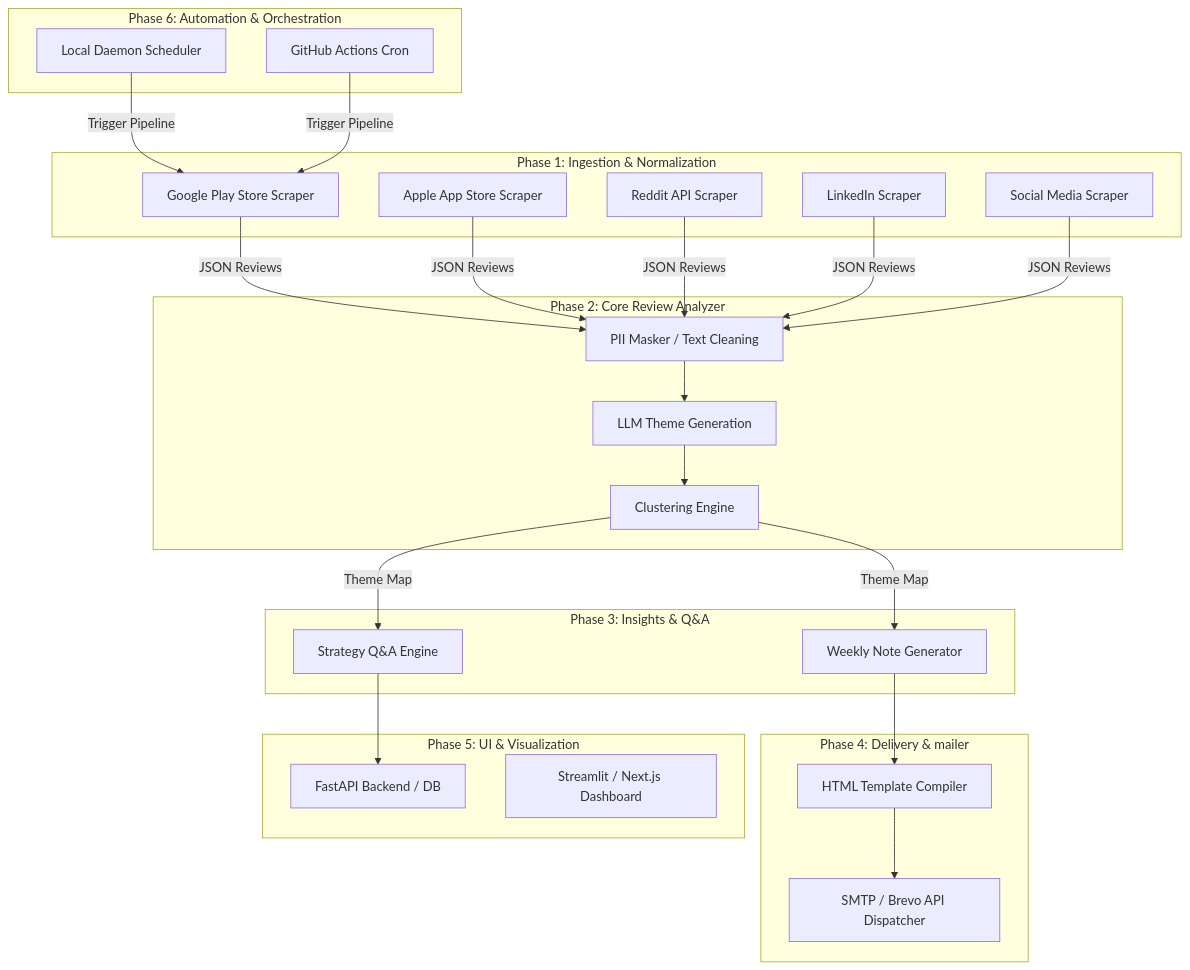
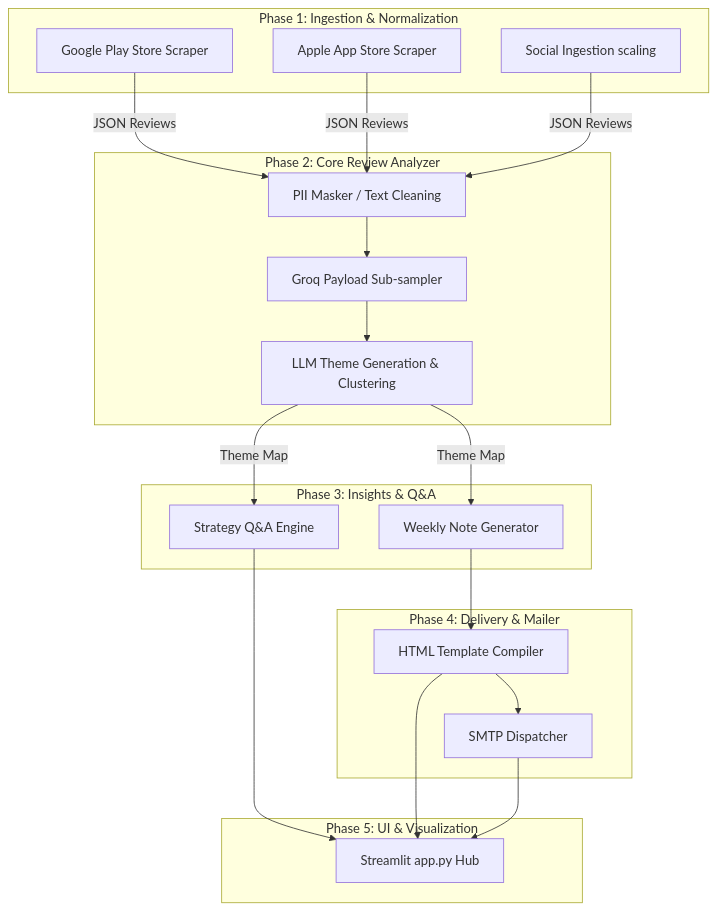
Before and after one commit to codeflex123/ownly_review_analyzer: the first of 2 diagrams in ARCHITECTURE.md, drawn with Mermaid. The commit also changed other lines of this file and 1 other file, not shown here.

Commit message:
docs: remove phase 6 and update architecture/readme to 5-phase design with groq

````diff
--- a/ARCHITECTURE.md
+++ b/ARCHITECTURE.md
@@ -11,43 +11,34 @@
 ```mermaid
 graph TD
     subgraph Phase 1: Ingestion & Normalization
         A1[Google Play Store Scraper]
         A2[Apple App Store Scraper]
-        A3[Reddit API Scraper]
-        A4[LinkedIn Scraper]
-        A5[Social Media Scraper]
+        A3[Social Ingestion scaling]
     end
 
     subgraph Phase 2: Core Review Analyzer
         B1[PII Masker / Text Cleaning]
-        B2[LLM Theme Generation]
-        B3[Clustering Engine]
+        B2[Groq Payload Sub-sampler]
+        B3[LLM Theme Generation & Clustering]
     end
 
     subgraph Phase 3: Insights & Q&A
         C1[Weekly Note Generator]
         C2[Strategy Q&A Engine]
     end
 
-    subgraph Phase 4: Delivery & mailer
+    subgraph Phase 4: Delivery & Mailer
         D1[HTML Template Compiler]
-        D2[SMTP / Brevo API Dispatcher]
+        D2[SMTP Dispatcher]
     end
 
     subgraph Phase 5: UI & Visualization
-        E1[FastAPI Backend / DB]
-        E2[Streamlit / Next.js Dashboard]
+        E1[Streamlit app.py Hub]
     end
 
-    subgraph Phase 6: Automation & Orchestration
-        F1[Local Daemon Scheduler]
-        F2[GitHub Actions Cron]
-    end
-
-    A1 & A2 & A3 & A4 & A5 -->|JSON Reviews| B1
+    A1 & A2 & A3 -->|JSON Reviews| B1
     B1 --> B2 --> B3
     B3 -->|Theme Map| C1 & C2
     C1 --> D1 --> D2
-    C2 --> E1
-    F1 & F2 -->|Trigger Pipeline| A1
+    C2 & D1 & D2 --> E1
 ```
````
